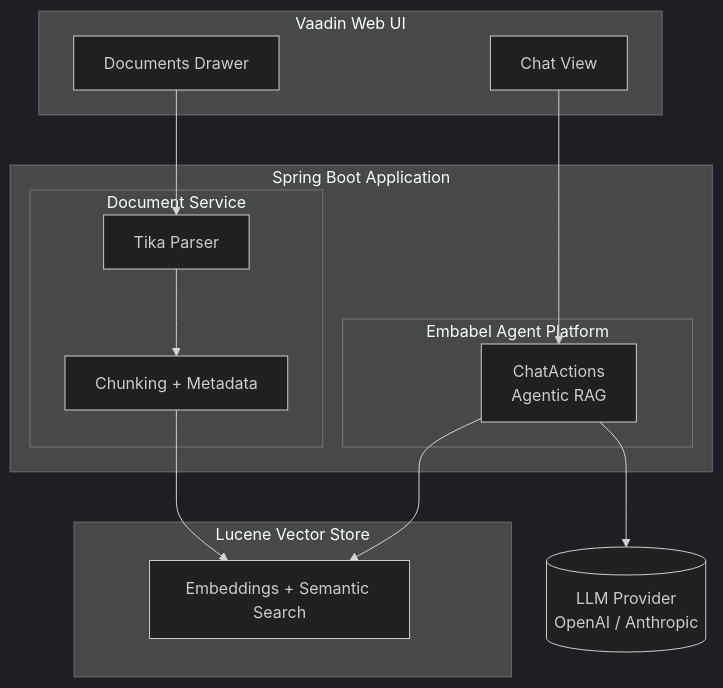
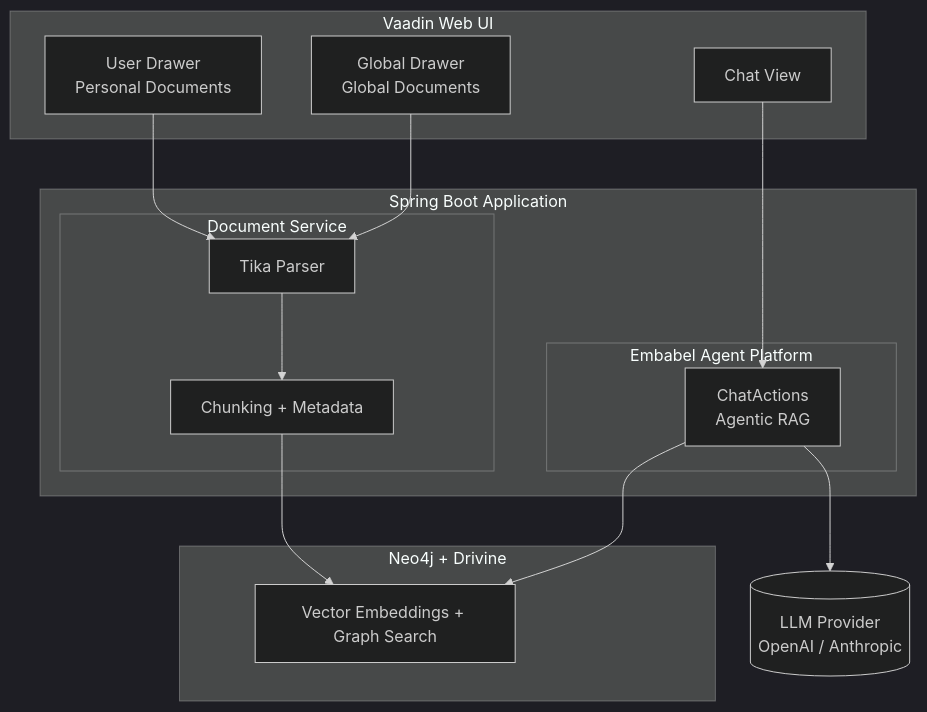
Before and after one commit to embabel/urbot: the first of 2 diagrams in README.md, drawn with Mermaid (dark theme). The commit also changed other lines of this file and 12 other files, not shown here.

Commit message:
Split user/global ingestion

````diff
--- a/README.md
+++ b/README.md
@@ -28,30 +28,32 @@
 ```mermaid
 graph TB
     subgraph UI["Vaadin Web UI"]
         CV[Chat View]
-        DD[Documents Drawer]
+        UD[User Drawer<br/>Personal Documents]
+        GD[Global Drawer<br/>Global Documents]
     end
 
     subgraph App["Spring Boot Application"]
         subgraph Agent["Embabel Agent Platform"]
             CA[ChatActions<br/>Agentic RAG]
         end
         subgraph Docs["Document Service"]
             TP[Tika Parser]
             CH[Chunking + Metadata]
         end
     end
 
-    subgraph Store["Lucene Vector Store"]
-        EMB[Embeddings + Semantic Search]
+    subgraph Store["Neo4j + Drivine"]
+        EMB[Vector Embeddings + Graph Search]
     end
 
     LLM[(LLM Provider<br/>OpenAI / Anthropic)]
 
     CV --> CA
-    DD --> TP
+    UD --> TP
+    GD --> TP
     TP --> CH
     CH --> EMB
     CA --> EMB
     CA --> LLM
 ```
````
